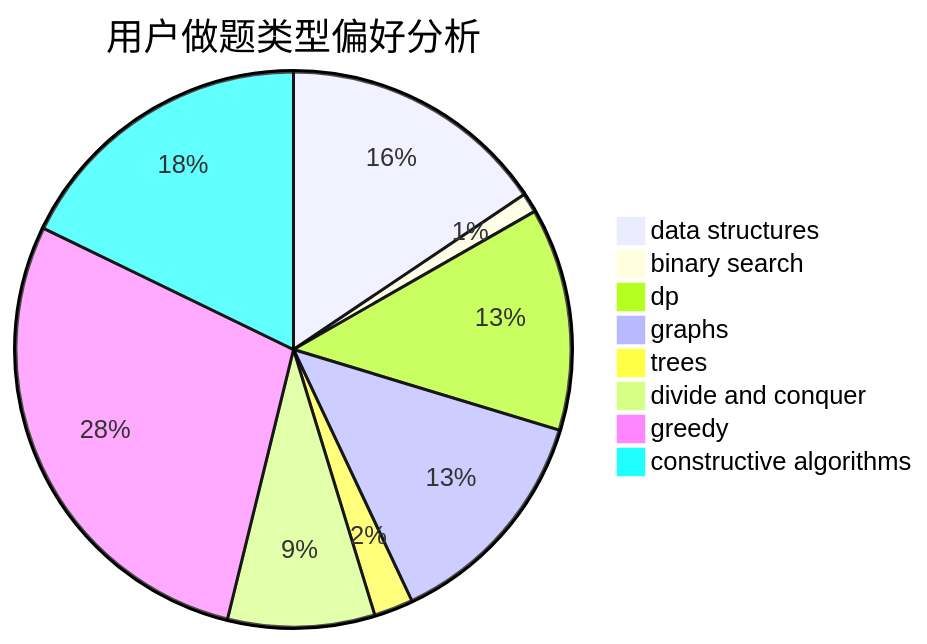
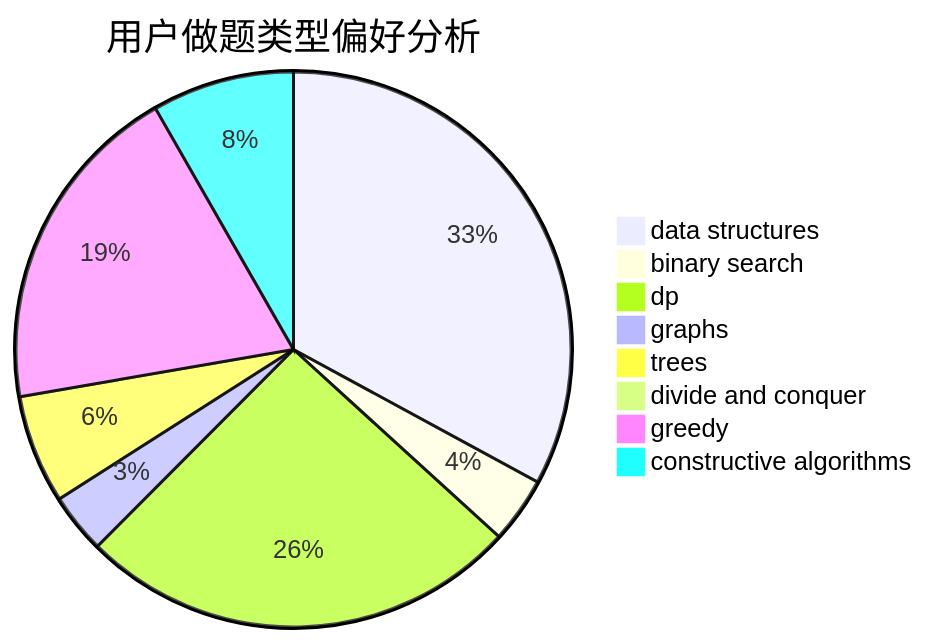
The second of 3 diagrams in docs/user/u11.md (sherpahu/cfrs.github.io), drawn with Mermaid before and after one commit. The commit also changed other lines of this file and 2770 other files, not shown here.

````diff
--- a/docs/user/u11.md
+++ b/docs/user/u11.md
@@ -23,11 +23,11 @@
 ```mermaid
 pie title 用户做题类型偏好分析
-    "data structures" :  328
-    "binary search" :  24
-    "dp" :  273
-    "graphs" :  280
-    "trees" :  48
-    "divide and conquer" :  180
-    "greedy" :  597
-    "constructive algorithms" :  375
+    "data structures" :  557
+    "binary search" :  65
+    "dp" :  435
+    "graphs" :  59
+    "trees" :  107
+    "divide and conquer" :  4
+    "greedy" :  329
+    "constructive algorithms" :  140
 ```
````
